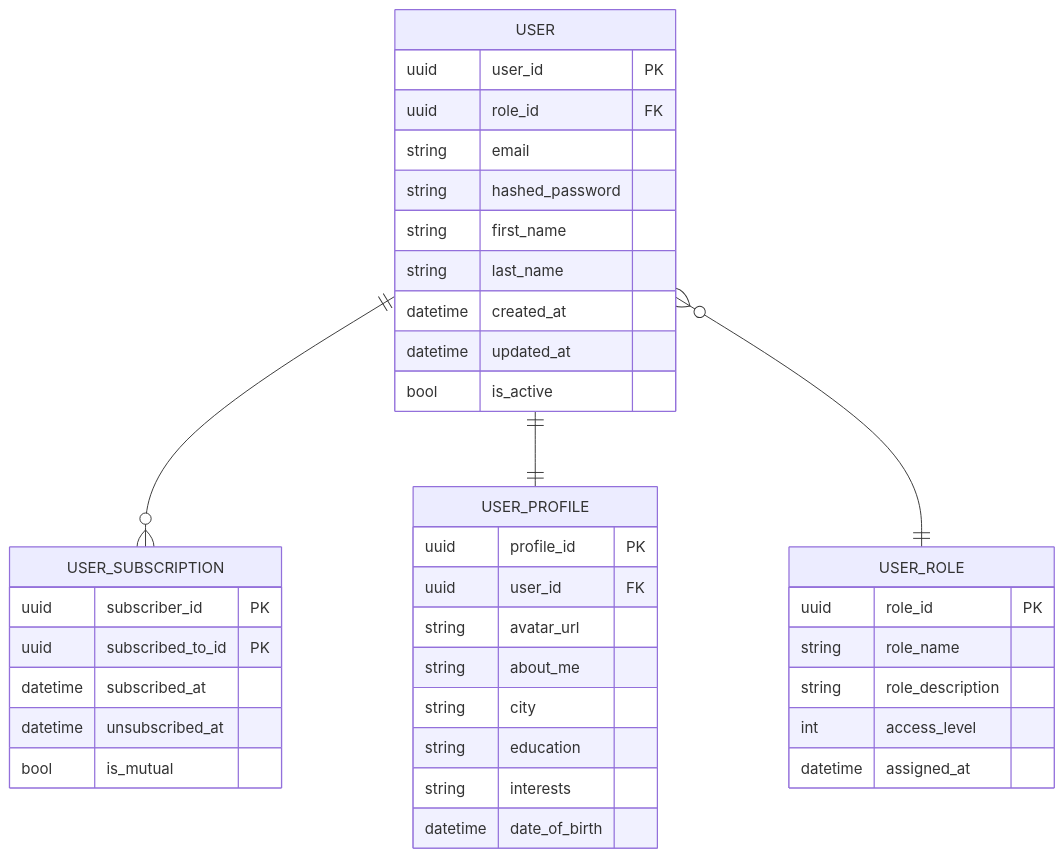
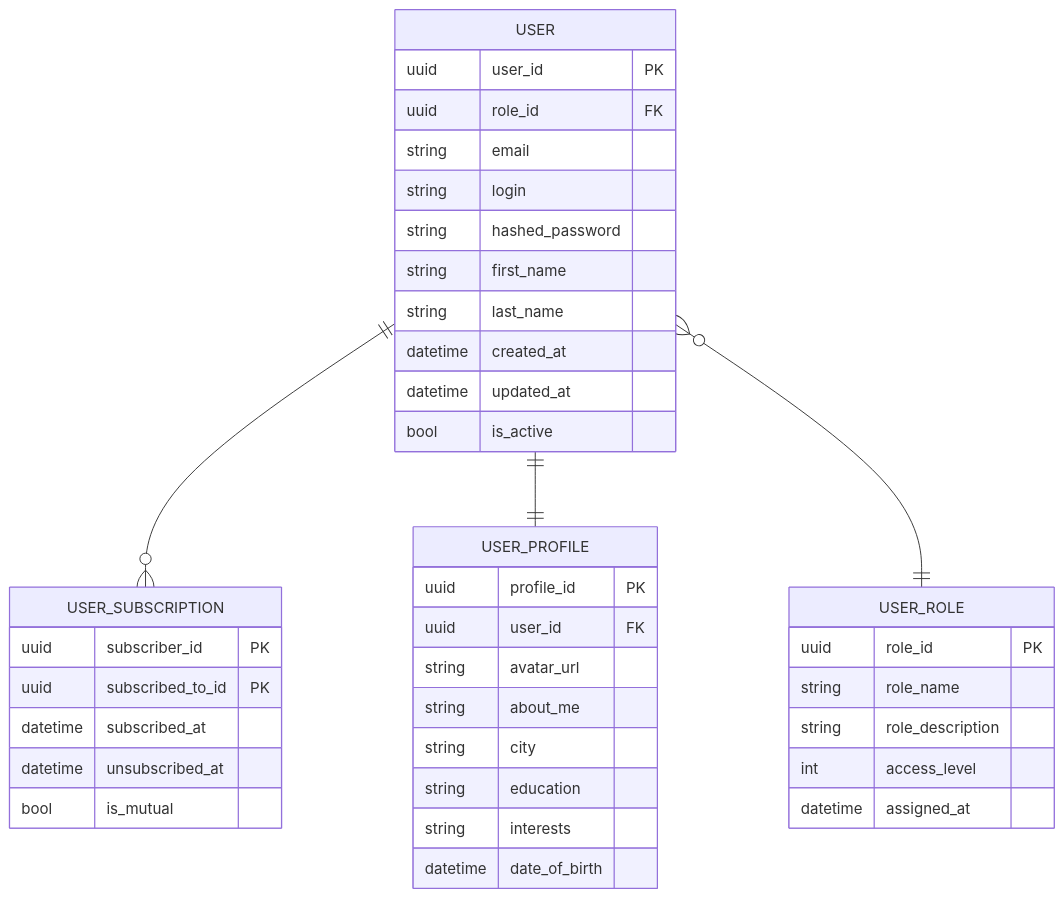
The diagram in docs/er_user_service.mermaid (lavsasha/social-network-platform), drawn with Mermaid before and after one commit. The commit also changed 43 other files, not shown here.

```diff
--- a/docs/er_user_service.mermaid
+++ b/docs/er_user_service.mermaid
@@ -1,44 +1,45 @@
 erDiagram
   USER {
     uuid user_id PK
     uuid role_id FK
     string email
+    string login
     string hashed_password
     string first_name
     string last_name
     datetime created_at
     datetime updated_at
     bool is_active
   }
 
 
   USER_SUBSCRIPTION {
     uuid subscriber_id PK
     uuid subscribed_to_id PK
     datetime subscribed_at
     datetime unsubscribed_at
     bool is_mutual
   }
 
   USER_PROFILE {
     uuid profile_id PK
     uuid user_id FK
     string avatar_url
     string about_me
     string city
     string education
     string interests
     datetime date_of_birth
   }
 
   USER_ROLE {
     uuid role_id PK
     string role_name
     string role_description
     int access_level
     datetime assigned_at
   }
 
   USER ||--o{ USER_SUBSCRIPTION : ""
   USER ||--|| USER_PROFILE : ""
   USER }o--|| USER_ROLE : ""
```
